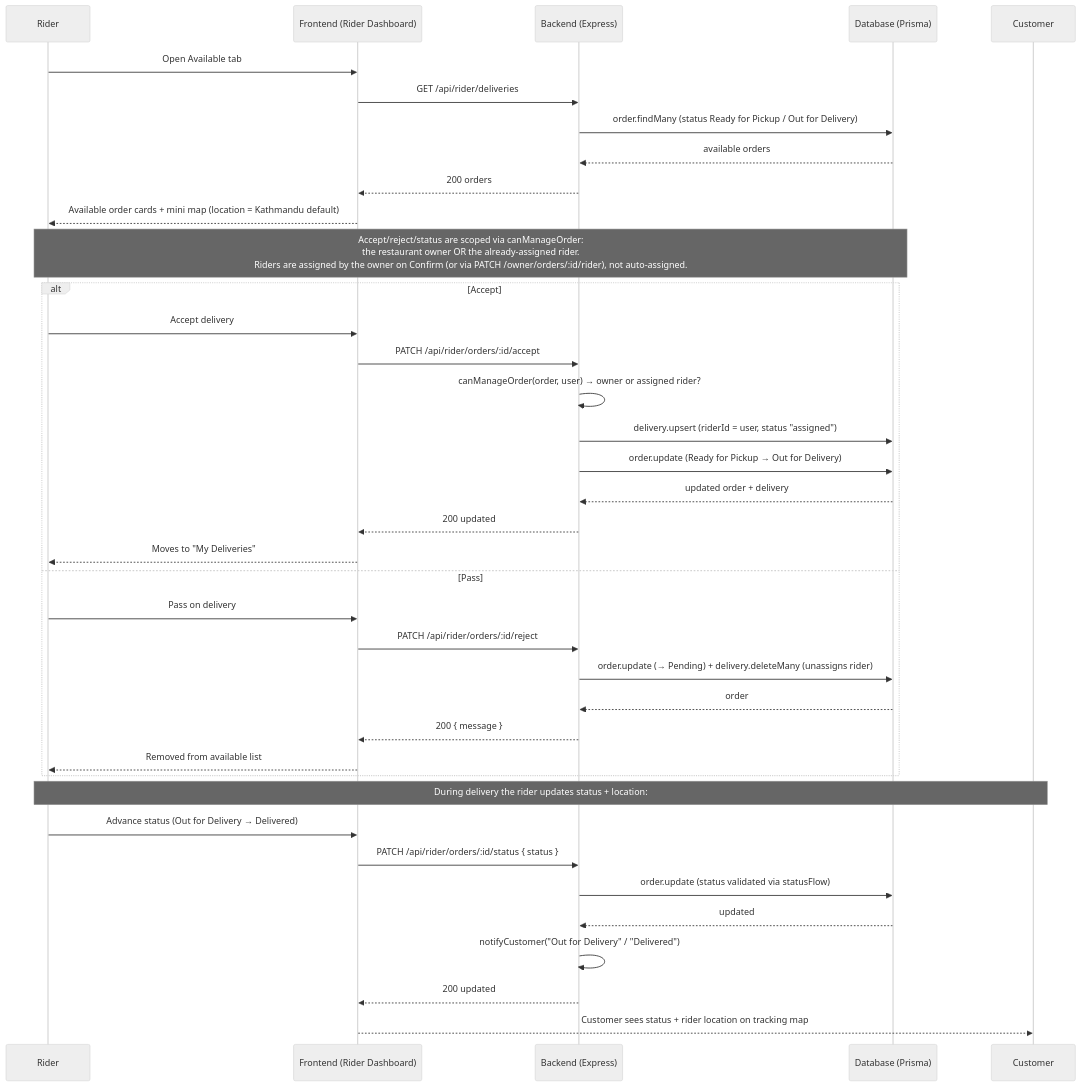
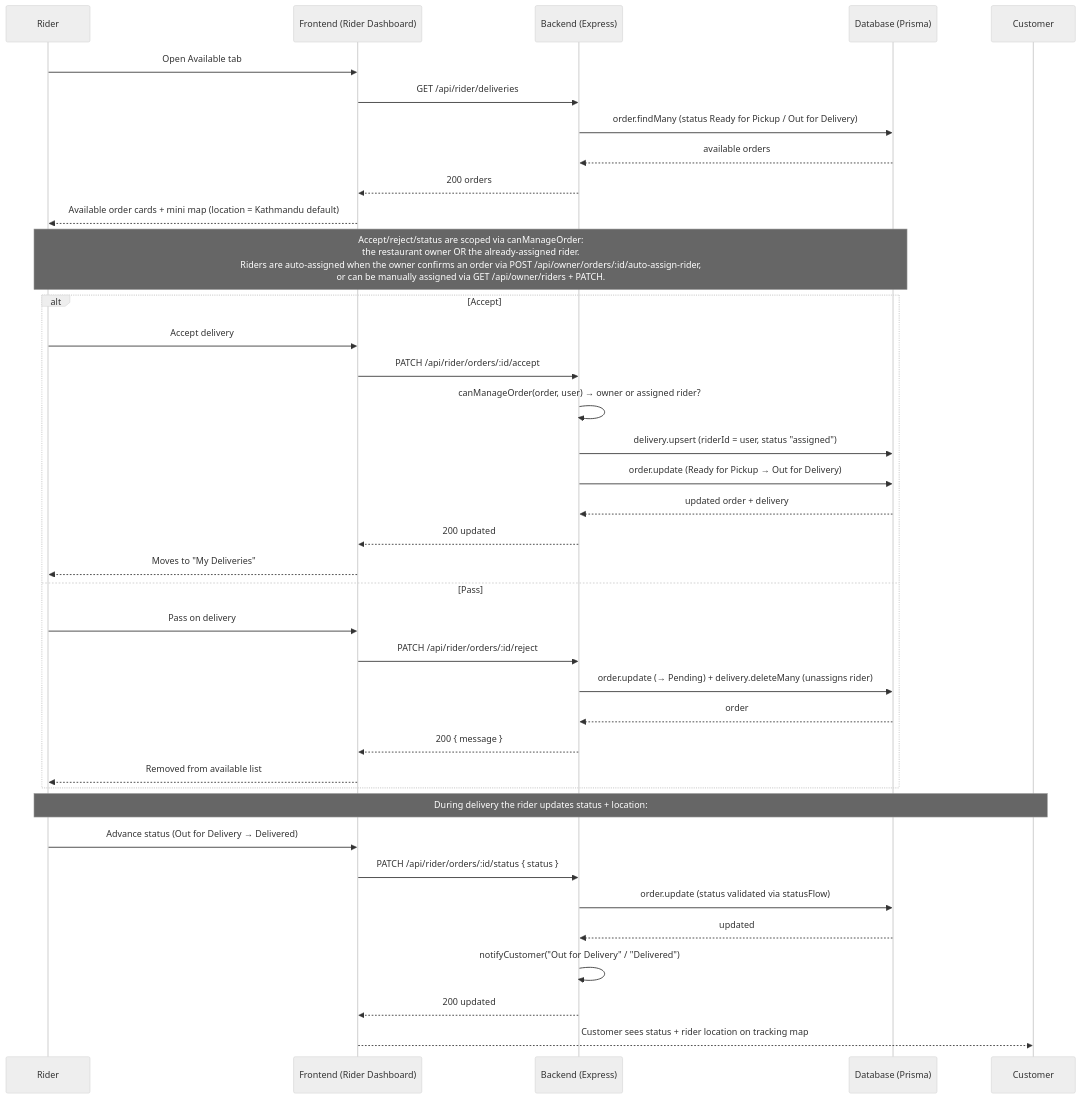
One commit to Saugatojha/food-delivery-frontend changed the sixth of 11 diagrams in SEQUENCE_DIAGRAMS.md. Above: the diagram before and after it, drawn with Mermaid (neutral theme). The commit also changed other lines of this file and 6 other files, not shown here.

First line of the commit message:
feat: categorized menu display and auto rider assignment on order confirmation

````diff
--- a/SEQUENCE_DIAGRAMS.md
+++ b/SEQUENCE_DIAGRAMS.md
@@ -206,44 +213,44 @@
 ```mermaid
 sequenceDiagram
     participant R as Rider
     participant F as Frontend (Rider Dashboard)
     participant S as Backend (Express)
     participant D as Database (Prisma)
     participant C as Customer
 
     R->>F: Open Available tab
     F->>S: GET /api/rider/deliveries
     S->>D: order.findMany (status Ready for Pickup / Out for Delivery)
     D-->>S: available orders
     S-->>F: 200 orders
     F-->>R: Available order cards + mini map (location = Kathmandu default)
 
-    Note over R,D: Accept/reject/status are scoped via canManageOrder:<br/>the restaurant owner OR the already-assigned rider.<br/>Riders are assigned by the owner on Confirm (or via PATCH /owner/orders/:id/rider), not auto-assigned.
+    Note over R,D: Accept/reject/status are scoped via canManageOrder:<br/>the restaurant owner OR the already-assigned rider.<br/>Riders are auto-assigned when the owner confirms an order via POST /api/owner/orders/:id/auto-assign-rider,<br/>or can be manually assigned via GET /api/owner/riders + PATCH.
 
     alt Accept
         R->>F: Accept delivery
         F->>S: PATCH /api/rider/orders/:id/accept
         S->>S: canManageOrder(order, user) → owner or assigned rider?
         S->>D: delivery.upsert (riderId = user, status "assigned")
         S->>D: order.update (Ready for Pickup → Out for Delivery)
         D-->>S: updated order + delivery
         S-->>F: 200 updated
         F-->>R: Moves to "My Deliveries"
     else Pass
         R->>F: Pass on delivery
         F->>S: PATCH /api/rider/orders/:id/reject
         S->>D: order.update (→ Pending) + delivery.deleteMany (unassigns rider)
         D-->>S: order
         S-->>F: 200 { message }
         F-->>R: Removed from available list
     end
 
     Note over R,C: During delivery the rider updates status + location:
     R->>F: Advance status (Out for Delivery → Delivered)
     F->>S: PATCH /api/rider/orders/:id/status { status }
     S->>D: order.update (status validated via statusFlow)
     D-->>S: updated
     S->>S: notifyCustomer("Out for Delivery" / "Delivered")
     S-->>F: 200 updated
     F-->>C: Customer sees status + rider location on tracking map
 ```
````
